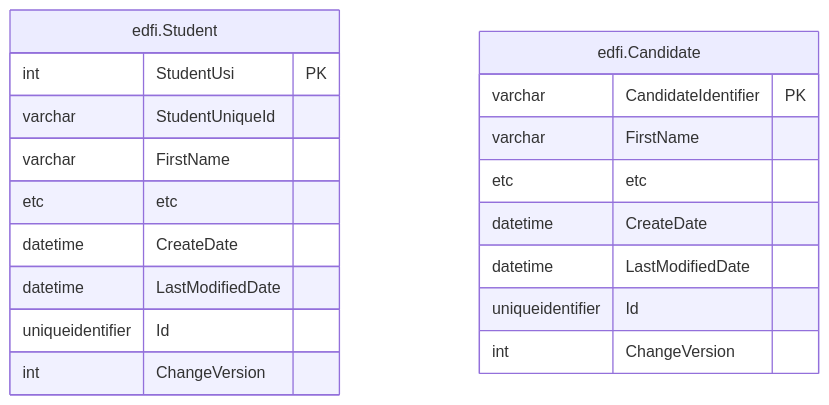
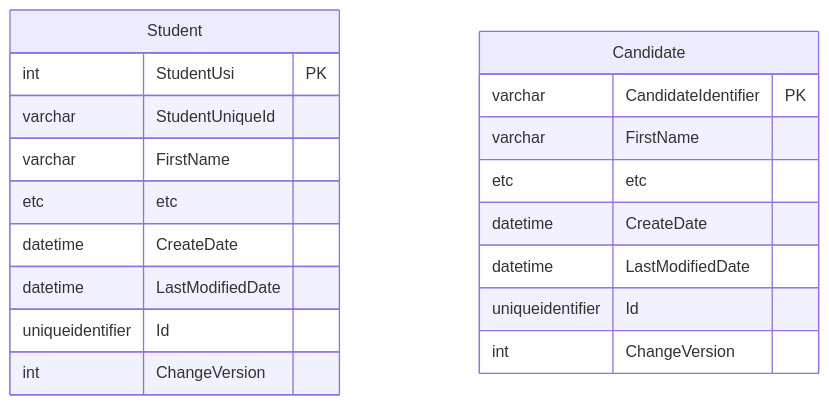
The first of 2 diagrams in docs/reference/2-ods-api/platform-dev-guide/features/changed-record-queries.md (Ed-Fi-Alliance-OSS/ed-fi-alliance-oss.github.io), drawn with Mermaid before and after one commit.

Commit message:
Fix the styling on this diagram

````diff
--- a/docs/reference/2-ods-api/platform-dev-guide/features/changed-record-queries.md
+++ b/docs/reference/2-ods-api/platform-dev-guide/features/changed-record-queries.md
@@ -222,34 +222,34 @@
 ```mermaid
 
 %%{init: {
     "theme": "",
     "themeCSS": [
         "[id*=entity-Student] rect:nth-of-type(24) { fill: orange;}",
         "[id*=entity-Student] rect:nth-of-type(11), [id*=entity-Student] rect:nth-of-type(12), [id*=entity-Student] rect:nth-of-type(13) { fill: silver;}",
         "[id*=entity-Candidate] rect:nth-of-type(21) { fill: orange;}",
         "[id*=entity-Candidate] rect:nth-of-type(8), [id*=entity-Candidate] rect:nth-of-type(9), [id*=entity-Candidate] rect:nth-of-type(10) { fill: silver;}"
     ]
 }
 }%%
 erDiagram
-    "edfi.Student" {
+    Student {
         int StudentUsi PK
         varchar StudentUniqueId
         varchar FirstName
         etc etc
         datetime CreateDate
         datetime LastModifiedDate
         uniqueidentifier Id
         int ChangeVersion
     }
 
-    "edfi.Candidate" {
+    Candidate {
         varchar CandidateIdentifier PK
         varchar FirstName
         etc etc
         datetime CreateDate
         datetime LastModifiedDate
         uniqueidentifier Id
         int ChangeVersion
     }
 ```
````
